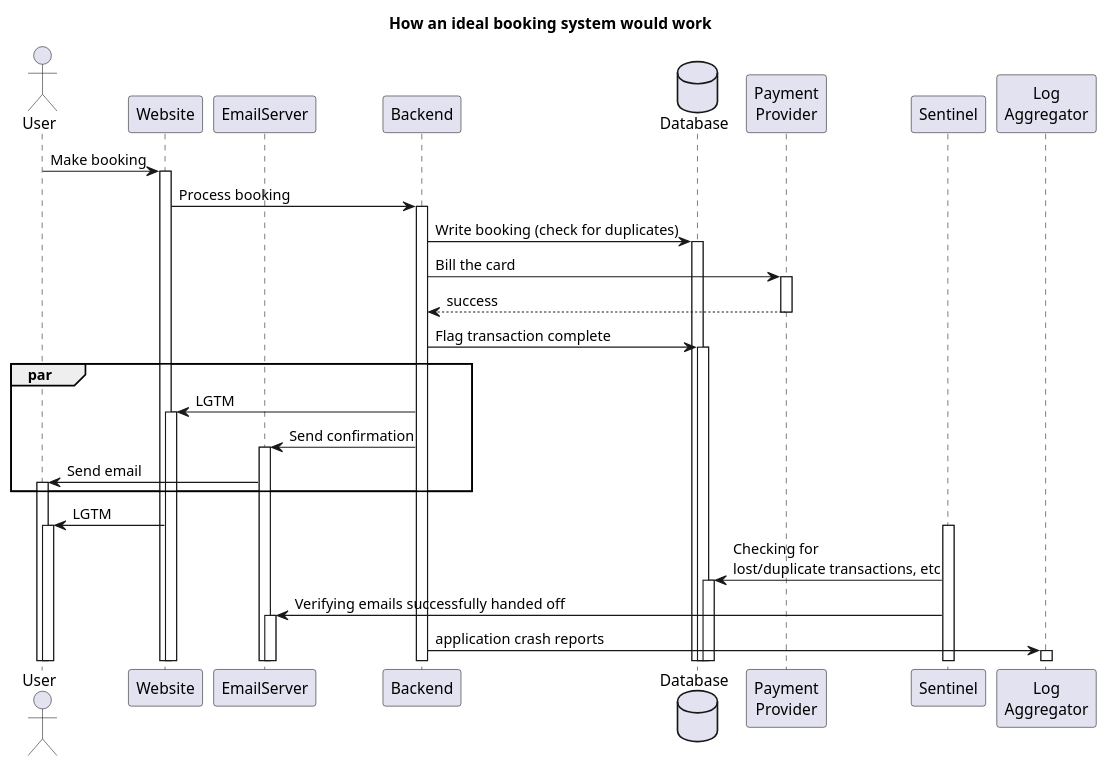
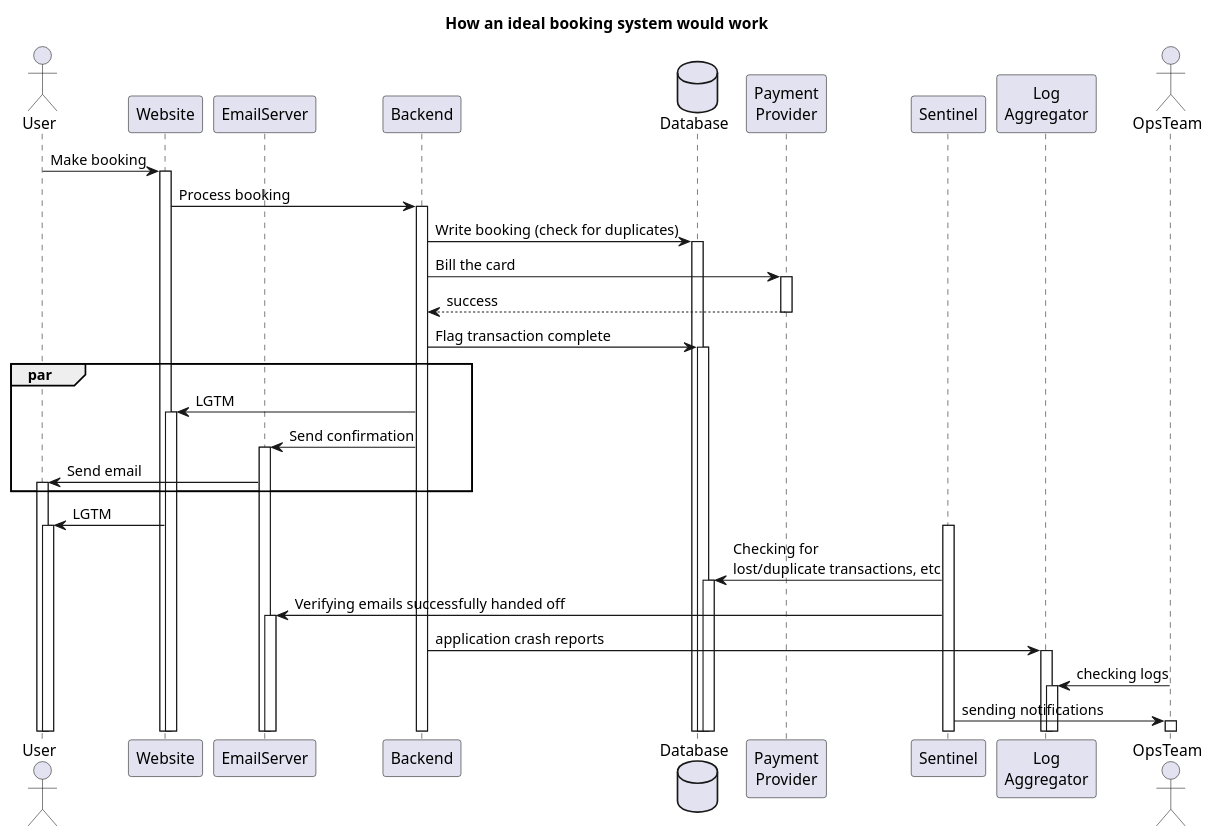
One commit to esl/bryan_cb_sf_2020_talk changed the diagram in puml/how-booking-should-work.puml. Above: the diagram before and after it, drawn with PlantUML. The commit also changed 1 other file, not shown here.

```diff
--- a/puml/how-booking-should-work.puml
+++ b/puml/how-booking-should-work.puml
@@ -1,27 +1,31 @@
 @startuml overview
 
 title How an ideal booking system would work
 autoactivate on
 actor User 
 User -> Website: Make booking 
 participant EmailServer
 Website -> Backend: Process booking
 database Database
 Backend -> Database: Write booking (check for duplicates)
 participant "Payment\nProvider" as Provider 
 Backend -> Provider: Bill the card 
 return success
 Backend -> Database: Flag transaction complete
 par 
 Backend -> Website: LGTM
 Backend -> EmailServer: Send confirmation
 EmailServer -> User: Send email
 end
 Website -> User: LGTM
 activate Sentinel
 Sentinel -> Database: Checking for \nlost/duplicate transactions, etc
 Sentinel -> EmailServer : Verifying emails successfully handed off 
 
 participant "Log\nAggregator" as LogAggregator
 Backend -> LogAggregator: application crash reports
+
+actor OpsTeam  
+OpsTeam -> LogAggregator: checking logs
+Sentinel -> OpsTeam: sending notifications
 @enduml
```
